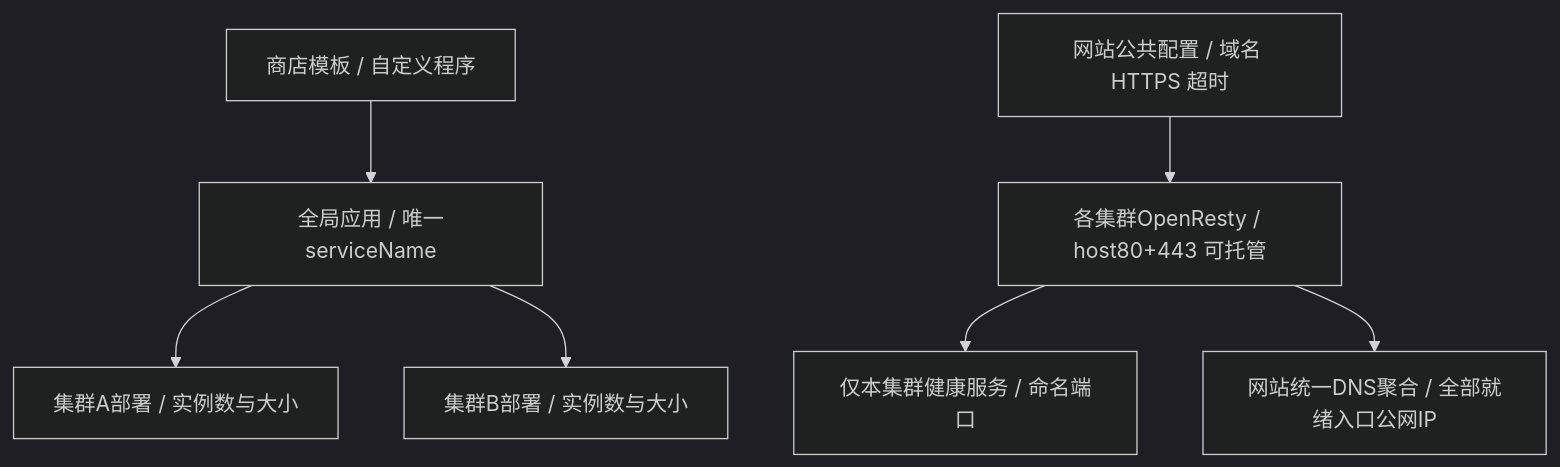
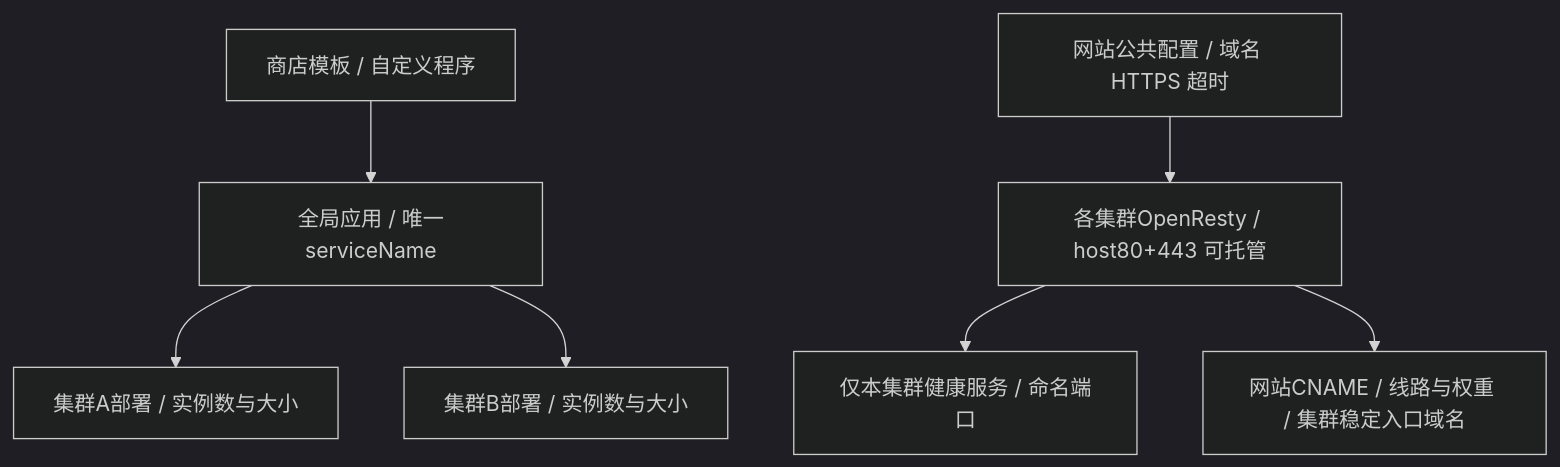
Diagram 14 of 15 in docs/system-design.md (workhold/lightmoni), drawn with Mermaid (dark theme) before and after one commit. The commit also changed other lines of this file and 34 other files, not shown here.

````diff
--- a/docs/system-design.md
+++ b/docs/system-design.md
@@ -1051,9 +1051,9 @@
 ```mermaid
 flowchart TB
   template["商店模板 / 自定义程序"] --> app["全局应用 / 唯一serviceName"]
   app --> a["集群A部署 / 实例数与大小"]
   app --> b["集群B部署 / 实例数与大小"]
   site["网站公共配置 / 域名 HTTPS 超时"] --> resty["各集群OpenResty / host80+443 可托管"]
   resty --> local["仅本集群健康服务 / 命名端口"]
-  resty --> dns["网站统一DNS聚合 / 全部就绪入口公网IP"]
+  resty --> dns["网站CNAME / 线路与权重 / 集群稳定入口域名"]
 ```
````
